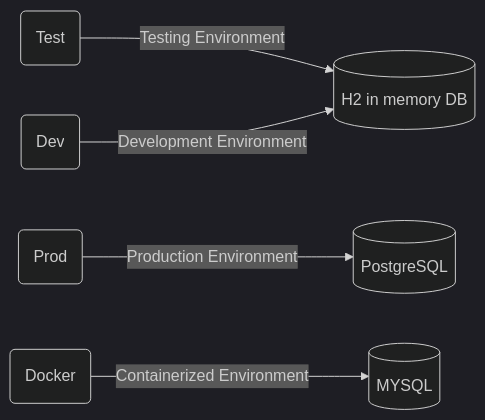
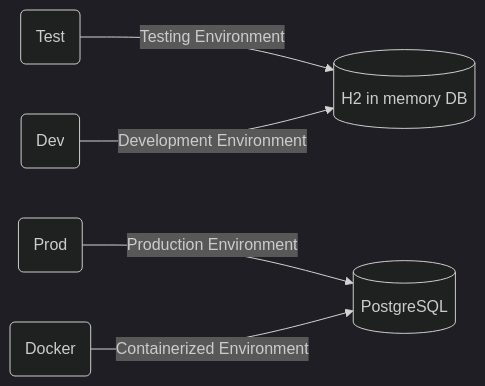
Before and after one commit to codeurjc-students/2025-MyMLB: the first of 2 diagrams in docs/DevelopmentGuide.md, drawn with Mermaid (dark theme). The commit also changed other lines of this file, not shown here.

First line of the commit message:
Fix database details and environment descriptions

`````diff
--- a/docs/DevelopmentGuide.md
+++ b/docs/DevelopmentGuide.md
@@ -144,7 +143,7 @@
 ```mermaid
 flowchart LR
     A(Test) -- "Testing Environment" --> H[(H2 in memory DB)]
     B(Prod) -- "Production Environment" --> P[(PostgreSQL)]
     C(Dev) -- "Development Environment" --> H
-    D(Docker) -- "Containerized Environment" --> M[(MYSQL)]
+    D(Docker) -- "Containerized Environment" --> P
 ````
`````
